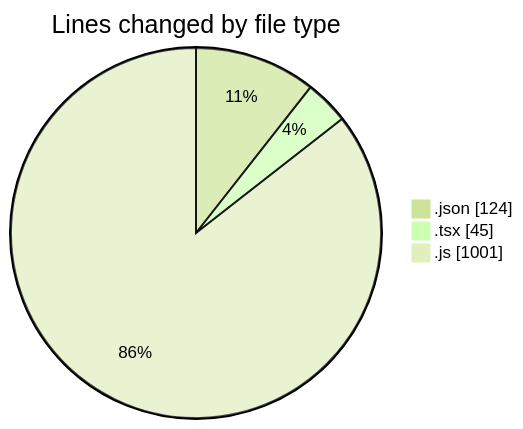
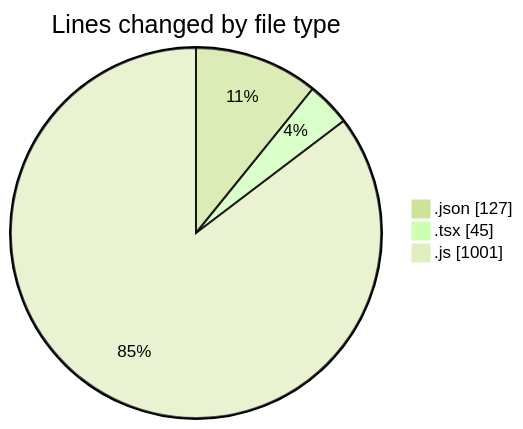
Before and after one commit to momahboobian/code-tracking: the first of 2 diagrams in 2026-04-13/cda/README.md, drawn with Mermaid (forest theme). The commit also changed other lines of this file and 1 other file, not shown here.

````diff
--- a/2026-04-13/cda/README.md
+++ b/2026-04-13/cda/README.md
@@ -24,7 +24,7 @@
 ```mermaid
 pie showData
 title Lines changed by file type
-".json" : 124
+".json" : 127
 ".tsx" : 45
 ".js" : 1001
 ```
````
